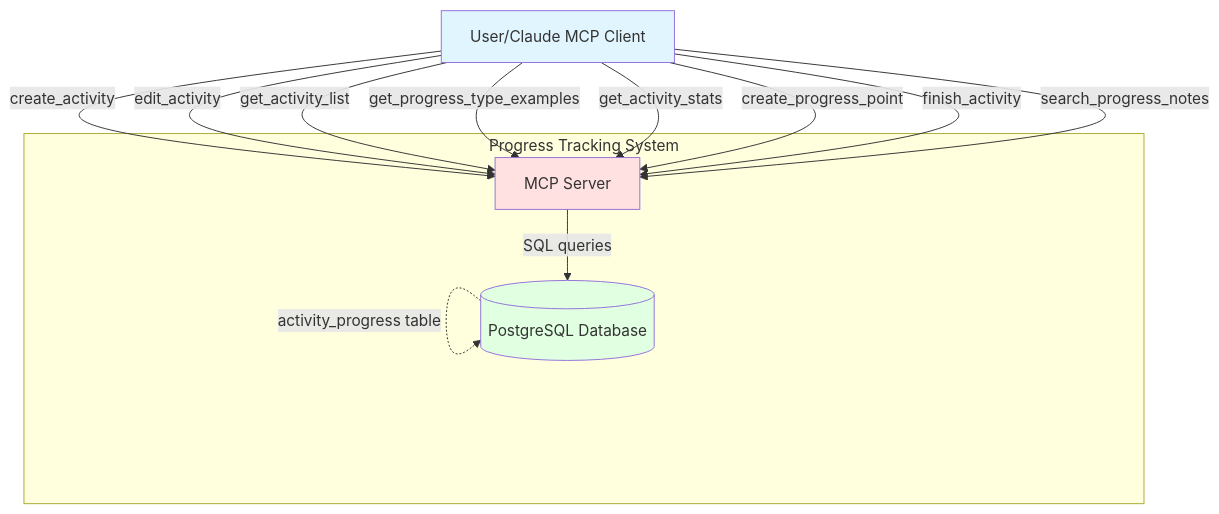
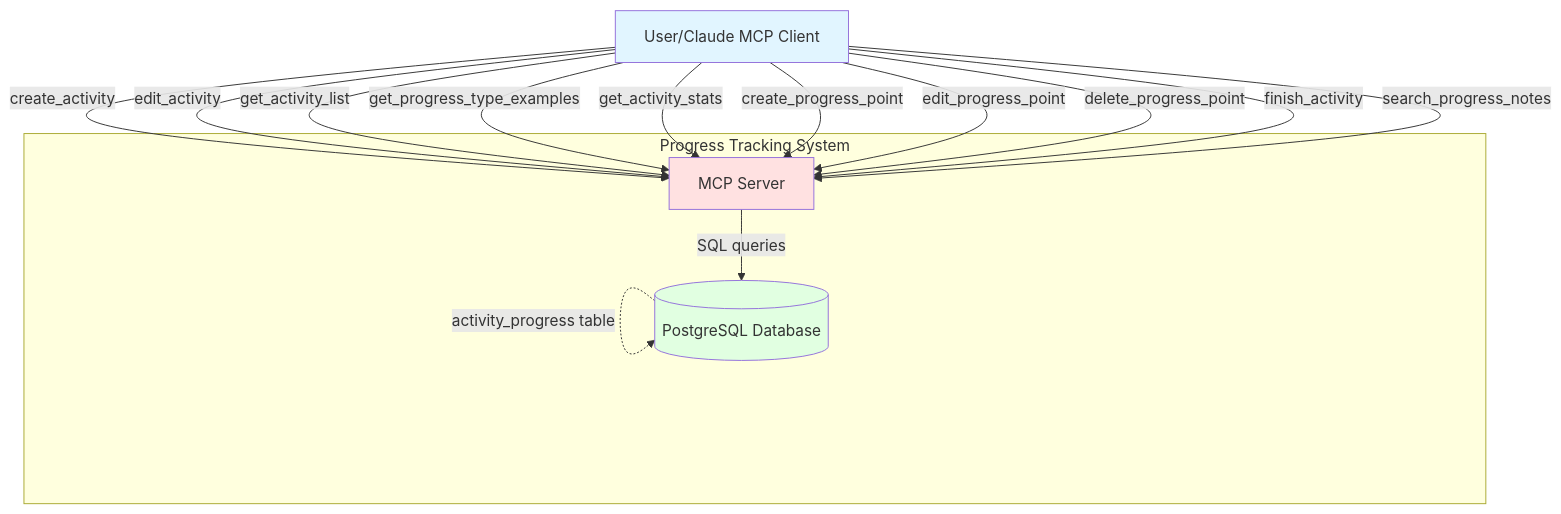
Before and after one commit to rusinikita/personal: the second of 4 diagrams in docs/functions/progress-spec.md, drawn with Mermaid. The commit also changed other lines of this file and 7 other files, not shown here.

First line of the commit message:
feat(progress): add edit_progress_point and delete_progress_point MCP tools

````diff
--- a/docs/functions/progress-spec.md
+++ b/docs/functions/progress-spec.md
@@ -68,28 +69,30 @@
 ```mermaid
 graph TB
     User[User/Claude MCP Client]
 
     subgraph "Progress Tracking System"
         MCP[MCP Server]
         DB[(PostgreSQL Database)]
 
         MCP -->|SQL queries| DB
     end
 
     User -->|create_activity| MCP
     User -->|edit_activity| MCP
     User -->|get_activity_list| MCP
     User -->|get_progress_type_examples| MCP
     User -->|get_activity_stats| MCP
     User -->|create_progress_point| MCP
+    User -->|edit_progress_point| MCP
+    User -->|delete_progress_point| MCP
     User -->|finish_activity| MCP
     User -->|search_progress_notes| MCP
 
     DB -.->|life_parts table| DB
     DB -.->|activities table| DB
     DB -.->|activity_progress table| DB
 
     style User fill:#e1f5ff
     style MCP fill:#ffe1e1
     style DB fill:#e1ffe1
 ```
````
